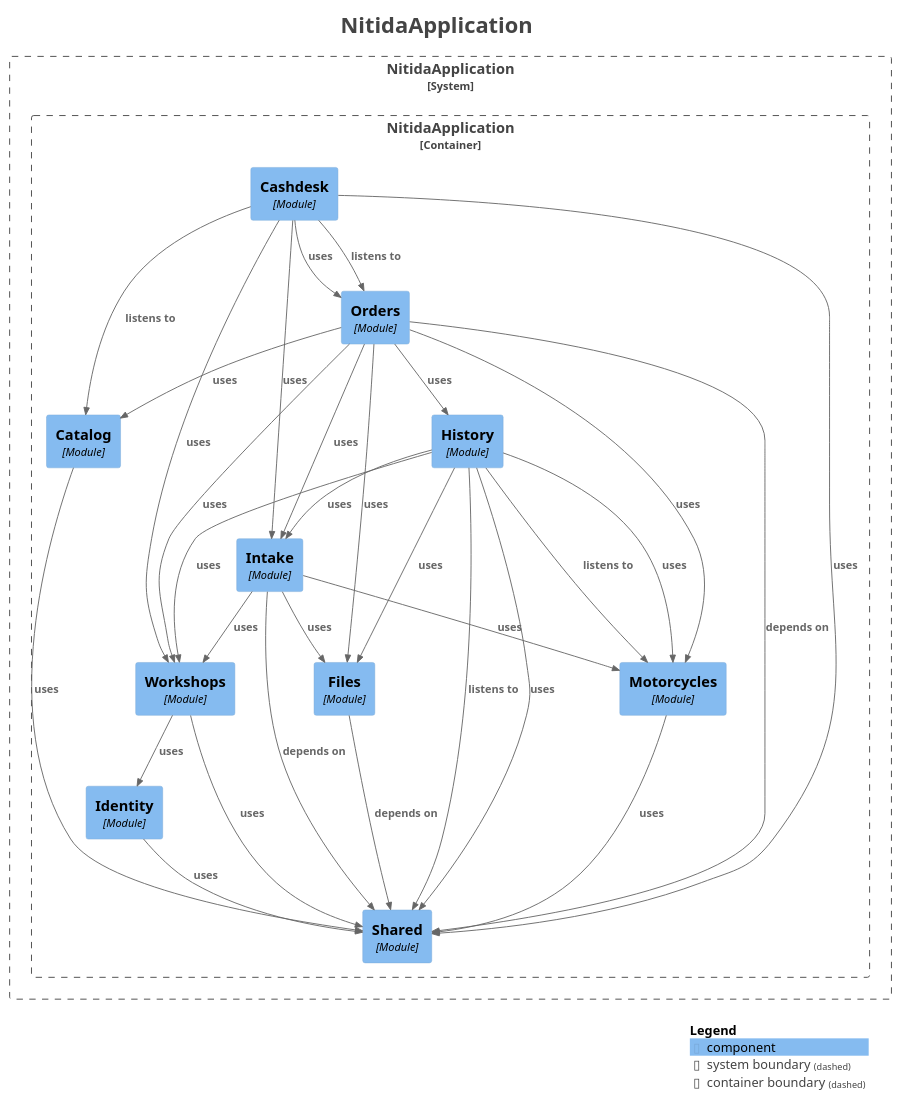
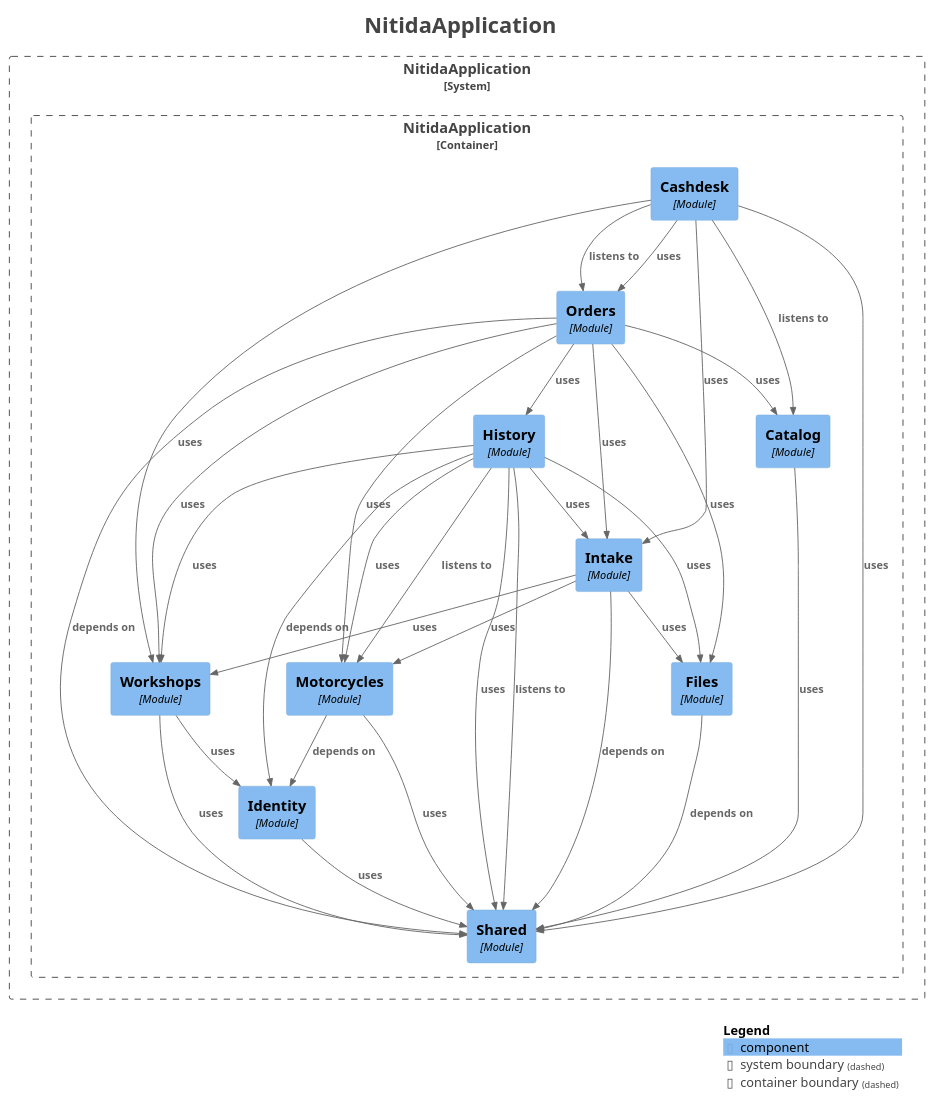
One commit to Nicolas-12000/Nitida changed the diagram in docs/modulos/components.puml. Above: the diagram before and after it, drawn with PlantUML. The commit also changed 6 other files, not shown here.

Commit message:
docs: regenerate module diagrams

```diff
--- a/docs/modulos/components.puml
+++ b/docs/modulos/components.puml
@@ -1,67 +1,69 @@
 @startuml
 title <size:24>NitidaApplication</size>
 
 set separator none
 top to bottom direction
 
 <style>
   root {
     BackgroundColor: #ffffff
     FontColor: #444444
   }
 </style>
 
 !include <C4/C4>
 !include <C4/C4_Context>
 !include <C4/C4_Component>
 
 System_Boundary("NitidaApplication_boundary", "NitidaApplication", $tags="") {
   Container_Boundary("NitidaApplication.NitidaApplication_boundary", "NitidaApplication", $tags="") {
     Component(NitidaApplication.NitidaApplication.History, "History", $techn="Module", $descr="", $tags="", $link="")
     Component(NitidaApplication.NitidaApplication.Orders, "Orders", $techn="Module", $descr="", $tags="", $link="")
     Component(NitidaApplication.NitidaApplication.Cashdesk, "Cashdesk", $techn="Module", $descr="", $tags="", $link="")
     Component(NitidaApplication.NitidaApplication.Shared, "Shared", $techn="Module", $descr="", $tags="", $link="")
     Component(NitidaApplication.NitidaApplication.Catalog, "Catalog", $techn="Module", $descr="", $tags="", $link="")
     Component(NitidaApplication.NitidaApplication.Files, "Files", $techn="Module", $descr="", $tags="", $link="")
     Component(NitidaApplication.NitidaApplication.Identity, "Identity", $techn="Module", $descr="", $tags="", $link="")
     Component(NitidaApplication.NitidaApplication.Motorcycles, "Motorcycles", $techn="Module", $descr="", $tags="", $link="")
     Component(NitidaApplication.NitidaApplication.Workshops, "Workshops", $techn="Module", $descr="", $tags="", $link="")
     Component(NitidaApplication.NitidaApplication.Intake, "Intake", $techn="Module", $descr="", $tags="", $link="")
   }
 
 }
 
-Rel(NitidaApplication.NitidaApplication.Files, NitidaApplication.NitidaApplication.Shared, "depends on", $techn="", $tags="", $link="")
-Rel(NitidaApplication.NitidaApplication.Identity, NitidaApplication.NitidaApplication.Shared, "uses", $techn="", $tags="", $link="")
 Rel(NitidaApplication.NitidaApplication.Workshops, NitidaApplication.NitidaApplication.Identity, "uses", $techn="", $tags="", $link="")
 Rel(NitidaApplication.NitidaApplication.Workshops, NitidaApplication.NitidaApplication.Shared, "uses", $techn="", $tags="", $link="")
-Rel(NitidaApplication.NitidaApplication.Intake, NitidaApplication.NitidaApplication.Shared, "depends on", $techn="", $tags="", $link="")
-Rel(NitidaApplication.NitidaApplication.Intake, NitidaApplication.NitidaApplication.Motorcycles, "uses", $techn="", $tags="", $link="")
-Rel(NitidaApplication.NitidaApplication.Intake, NitidaApplication.NitidaApplication.Workshops, "uses", $techn="", $tags="", $link="")
-Rel(NitidaApplication.NitidaApplication.Intake, NitidaApplication.NitidaApplication.Files, "uses", $techn="", $tags="", $link="")
+Rel(NitidaApplication.NitidaApplication.Identity, NitidaApplication.NitidaApplication.Shared, "uses", $techn="", $tags="", $link="")
+Rel(NitidaApplication.NitidaApplication.Files, NitidaApplication.NitidaApplication.Shared, "depends on", $techn="", $tags="", $link="")
 Rel(NitidaApplication.NitidaApplication.Orders, NitidaApplication.NitidaApplication.Shared, "depends on", $techn="", $tags="", $link="")
 Rel(NitidaApplication.NitidaApplication.Orders, NitidaApplication.NitidaApplication.Files, "uses", $techn="", $tags="", $link="")
 Rel(NitidaApplication.NitidaApplication.Orders, NitidaApplication.NitidaApplication.Catalog, "uses", $techn="", $tags="", $link="")
 Rel(NitidaApplication.NitidaApplication.Orders, NitidaApplication.NitidaApplication.Workshops, "uses", $techn="", $tags="", $link="")
 Rel(NitidaApplication.NitidaApplication.Orders, NitidaApplication.NitidaApplication.Motorcycles, "uses", $techn="", $tags="", $link="")
 Rel(NitidaApplication.NitidaApplication.Orders, NitidaApplication.NitidaApplication.Intake, "uses", $techn="", $tags="", $link="")
 Rel(NitidaApplication.NitidaApplication.Orders, NitidaApplication.NitidaApplication.History, "uses", $techn="", $tags="", $link="")
-Rel(NitidaApplication.NitidaApplication.Motorcycles, NitidaApplication.NitidaApplication.Shared, "uses", $techn="", $tags="", $link="")
 Rel(NitidaApplication.NitidaApplication.History, NitidaApplication.NitidaApplication.Motorcycles, "listens to", $techn="", $tags="", $link="")
 Rel(NitidaApplication.NitidaApplication.History, NitidaApplication.NitidaApplication.Shared, "listens to", $techn="", $tags="", $link="")
+Rel(NitidaApplication.NitidaApplication.History, NitidaApplication.NitidaApplication.Identity, "depends on", $techn="", $tags="", $link="")
 Rel(NitidaApplication.NitidaApplication.History, NitidaApplication.NitidaApplication.Workshops, "uses", $techn="", $tags="", $link="")
 Rel(NitidaApplication.NitidaApplication.History, NitidaApplication.NitidaApplication.Intake, "uses", $techn="", $tags="", $link="")
+Rel(NitidaApplication.NitidaApplication.History, NitidaApplication.NitidaApplication.Motorcycles, "uses", $techn="", $tags="", $link="")
 Rel(NitidaApplication.NitidaApplication.History, NitidaApplication.NitidaApplication.Shared, "uses", $techn="", $tags="", $link="")
 Rel(NitidaApplication.NitidaApplication.History, NitidaApplication.NitidaApplication.Files, "uses", $techn="", $tags="", $link="")
-Rel(NitidaApplication.NitidaApplication.History, NitidaApplication.NitidaApplication.Motorcycles, "uses", $techn="", $tags="", $link="")
-Rel(NitidaApplication.NitidaApplication.Catalog, NitidaApplication.NitidaApplication.Shared, "uses", $techn="", $tags="", $link="")
+Rel(NitidaApplication.NitidaApplication.Cashdesk, NitidaApplication.NitidaApplication.Catalog, "listens to", $techn="", $tags="", $link="")
 Rel(NitidaApplication.NitidaApplication.Cashdesk, NitidaApplication.NitidaApplication.Orders, "listens to", $techn="", $tags="", $link="")
-Rel(NitidaApplication.NitidaApplication.Cashdesk, NitidaApplication.NitidaApplication.Catalog, "listens to", $techn="", $tags="", $link="")
 Rel(NitidaApplication.NitidaApplication.Cashdesk, NitidaApplication.NitidaApplication.Orders, "uses", $techn="", $tags="", $link="")
 Rel(NitidaApplication.NitidaApplication.Cashdesk, NitidaApplication.NitidaApplication.Workshops, "uses", $techn="", $tags="", $link="")
 Rel(NitidaApplication.NitidaApplication.Cashdesk, NitidaApplication.NitidaApplication.Shared, "uses", $techn="", $tags="", $link="")
 Rel(NitidaApplication.NitidaApplication.Cashdesk, NitidaApplication.NitidaApplication.Intake, "uses", $techn="", $tags="", $link="")
+Rel(NitidaApplication.NitidaApplication.Motorcycles, NitidaApplication.NitidaApplication.Identity, "depends on", $techn="", $tags="", $link="")
+Rel(NitidaApplication.NitidaApplication.Motorcycles, NitidaApplication.NitidaApplication.Shared, "uses", $techn="", $tags="", $link="")
+Rel(NitidaApplication.NitidaApplication.Catalog, NitidaApplication.NitidaApplication.Shared, "uses", $techn="", $tags="", $link="")
+Rel(NitidaApplication.NitidaApplication.Intake, NitidaApplication.NitidaApplication.Shared, "depends on", $techn="", $tags="", $link="")
+Rel(NitidaApplication.NitidaApplication.Intake, NitidaApplication.NitidaApplication.Motorcycles, "uses", $techn="", $tags="", $link="")
+Rel(NitidaApplication.NitidaApplication.Intake, NitidaApplication.NitidaApplication.Workshops, "uses", $techn="", $tags="", $link="")
+Rel(NitidaApplication.NitidaApplication.Intake, NitidaApplication.NitidaApplication.Files, "uses", $techn="", $tags="", $link="")
 
 SHOW_LEGEND(true)
 hide stereotypes
 @enduml
```
